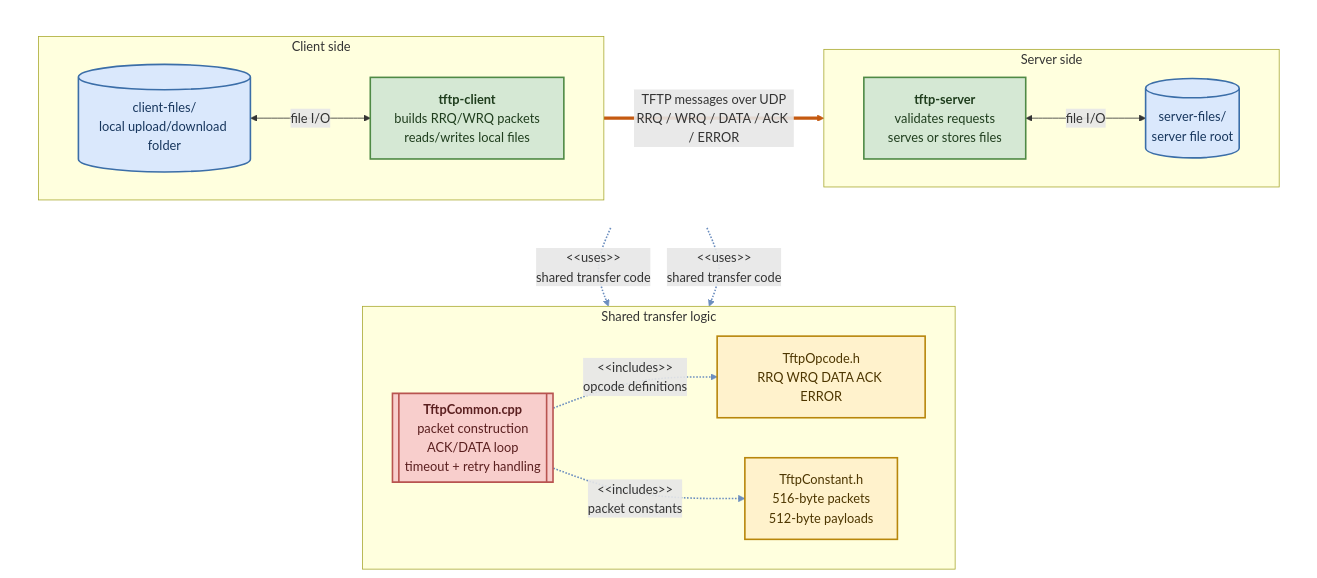
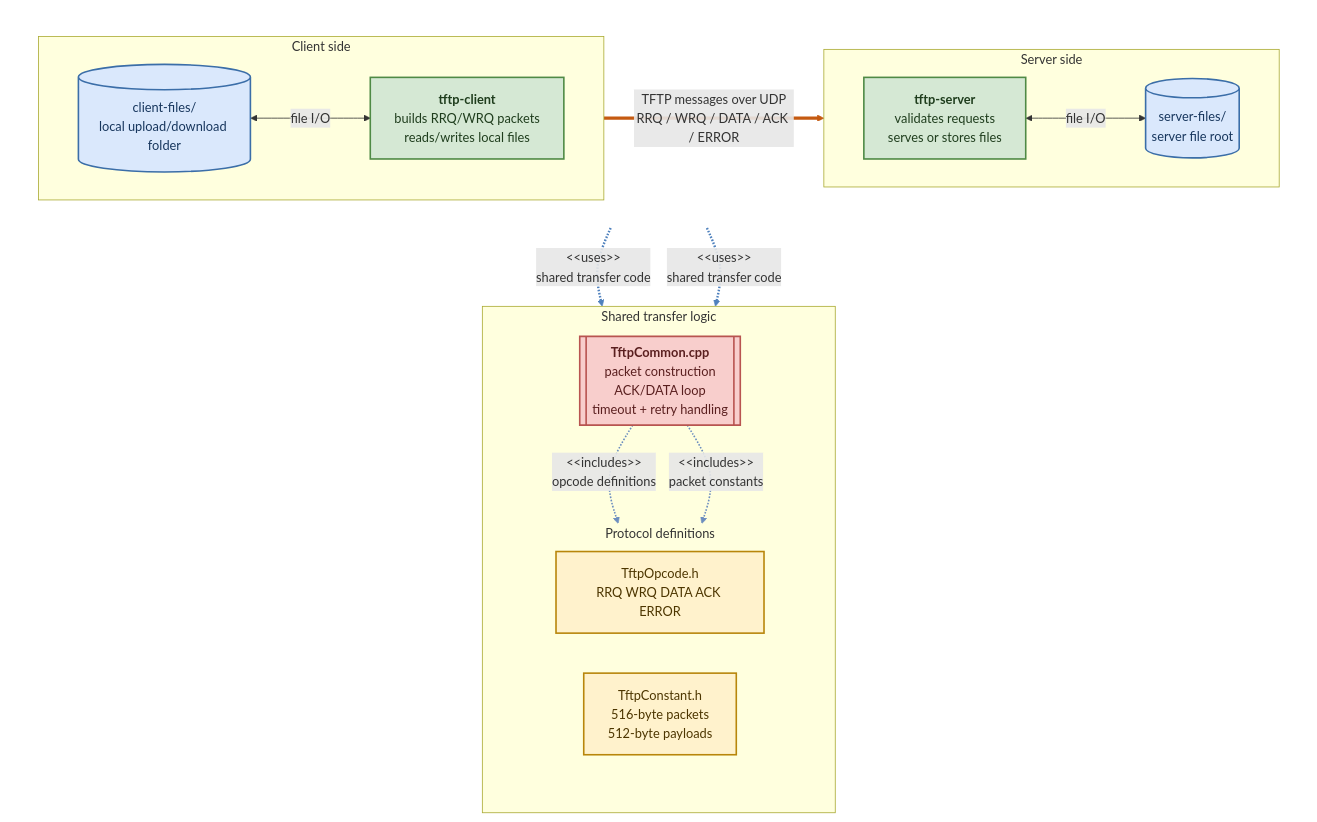
Before and after one commit to WNaderi/udp-file-transfer: the first of 3 diagrams in README.md, drawn with Mermaid.

Commit message:
Changing arch rendering to display correctly on repo page.

````diff
--- a/README.md
+++ b/README.md
@@ -23,46 +23,51 @@
 ```mermaid
 flowchart TB
     subgraph TopRow[" "]
         direction LR
         subgraph ClientSide["Client side"]
             direction LR
             ClientFiles[("client-files/<br/>local upload/download folder")]
             Client["<b>tftp-client</b><br/>builds RRQ/WRQ packets<br/>reads/writes local files"]
         end
 
         subgraph ServerSide["Server side"]
             direction LR
             Server["<b>tftp-server</b><br/>validates requests<br/>serves or stores files"]
             ServerFiles[("server-files/<br/>server file root")]
         end
     end
 
     subgraph SharedLogic["Shared transfer logic"]
-        direction LR
-        Opcodes["TftpOpcode.h<br/>RRQ WRQ DATA ACK ERROR"]
+        direction TB
         Common[["<b>TftpCommon.cpp</b><br/>packet construction<br/>ACK/DATA loop<br/>timeout + retry handling"]]
-        Constants["TftpConstant.h<br/>516-byte packets<br/>512-byte payloads"]
+        subgraph ProtocolDefs["Protocol definitions"]
+            direction LR
+            Opcodes["TftpOpcode.h<br/>RRQ WRQ DATA ACK ERROR"]
+            Constants["TftpConstant.h<br/>516-byte packets<br/>512-byte payloads"]
+        end
     end
 
     ClientFiles <-->|file I/O| Client
     Server <-->|file I/O| ServerFiles
     Client ==>|"TFTP messages over UDP<br/>RRQ / WRQ / DATA / ACK / ERROR"| Server
     Client -.->|&lt;&lt;uses&gt;&gt;<br/>shared transfer code| Common
     Server -.->|&lt;&lt;uses&gt;&gt;<br/>shared transfer code| Common
     Common -.->|&lt;&lt;includes&gt;&gt;<br/>opcode definitions| Opcodes
     Common -.->|&lt;&lt;includes&gt;&gt;<br/>packet constants| Constants
 
     classDef storage fill:#dae8fc,stroke:#3b6ea8,stroke-width:2px,color:#17365d;
     classDef executable fill:#d5e8d4,stroke:#4f8a45,stroke-width:2px,color:#1f3d1d;
     classDef shared fill:#f8cecc,stroke:#b85450,stroke-width:2px,color:#5a1f1f;
     classDef config fill:#fff2cc,stroke:#b8860b,stroke-width:2px,color:#4d3600;
 
     class ClientFiles,ServerFiles storage;
     class Client,Server executable;
     class Common shared;
     class Opcodes,Constants config;
 
     style TopRow fill:transparent,stroke:transparent;
+    style ProtocolDefs fill:transparent,stroke:transparent;
     linkStyle 2 stroke:#c55a11,stroke-width:4px;
-    linkStyle 3,4,5,6 stroke:#6c8ebf,stroke-width:2px;
+    linkStyle 3,4 stroke:#4f81bd,stroke-width:3px;
+    linkStyle 5,6 stroke:#6c8ebf,stroke-width:2px;
 ```
````
